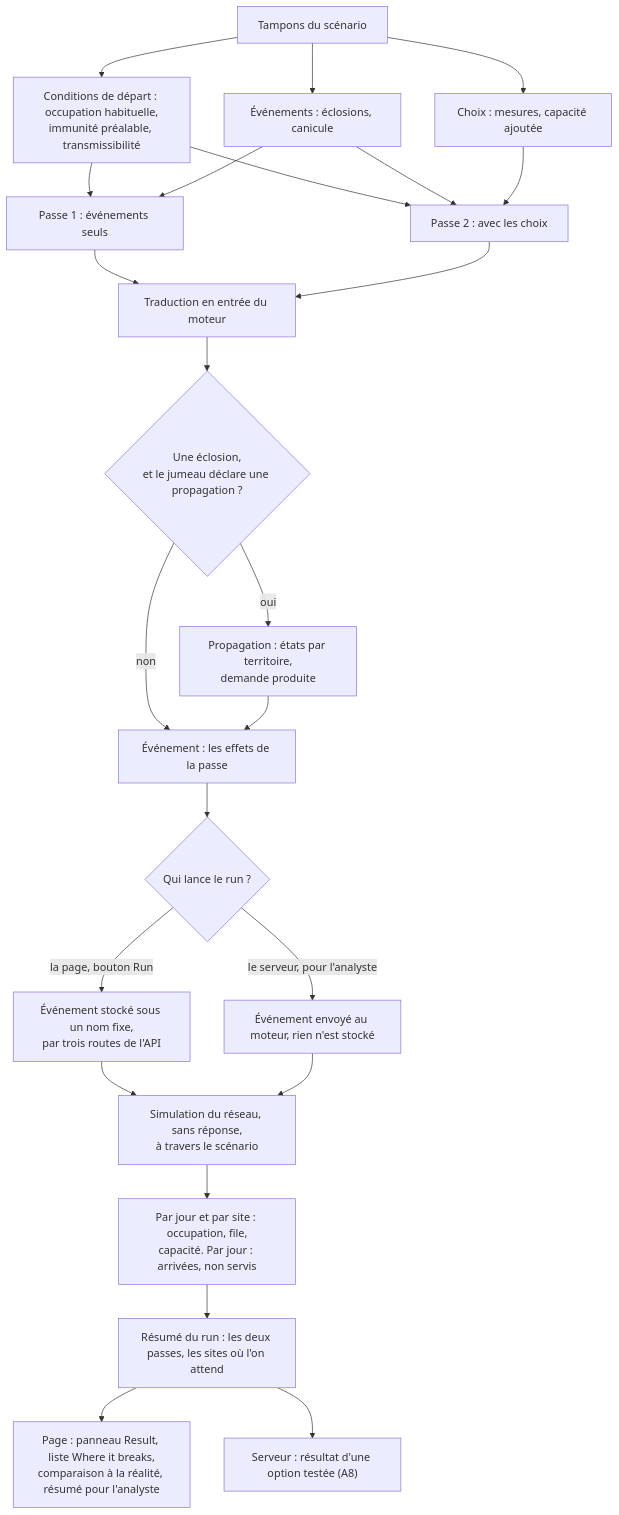
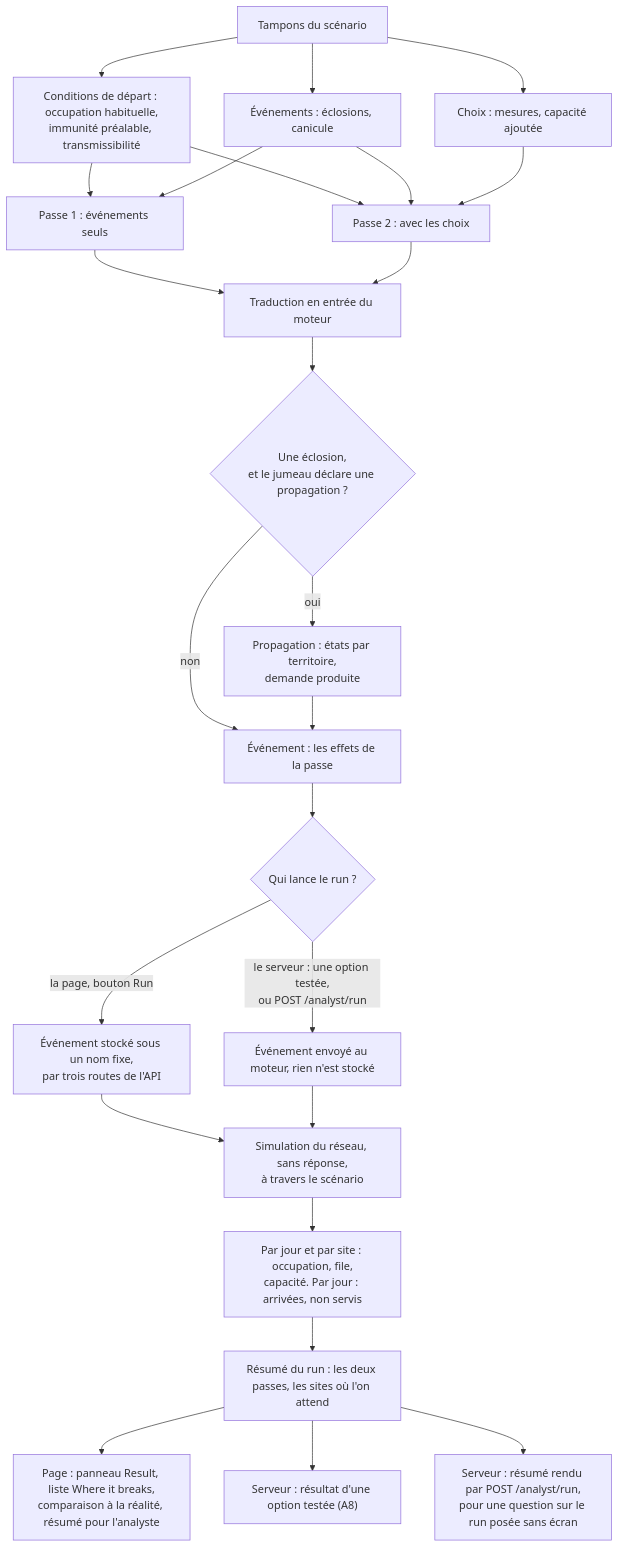
Before and after one commit to V1ktor7/obscyro: the fourth of 30 diagrams in docs/algorithms.md, drawn with Mermaid. The commit also changed other lines of this file and 8 other files, not shown here.

First line of the commit message:
feat(analyste): le rejeu des questions de référence devient une commande

````diff
--- a/docs/algorithms.md
+++ b/docs/algorithms.md
@@ -173,26 +173,27 @@
 ```mermaid
 flowchart TD
     S["Tampons du scénario"] --> C["Conditions de départ : occupation habituelle,<br/>immunité préalable, transmissibilité"]
     S --> E["Événements : éclosions, canicule"]
     S --> K["Choix : mesures, capacité ajoutée"]
     C --> V1["Passe 1 : événements seuls"]
     E --> V1
     C --> V2["Passe 2 : avec les choix"]
     E --> V2
     K --> V2
     V1 --> T["Traduction en entrée du moteur"]
     V2 --> T
     T --> P{"Une éclosion,<br/>et le jumeau déclare une propagation ?"}
     P -->|"oui"| SP["Propagation : états par territoire,<br/>demande produite"]
     P -->|"non"| EV["Événement : les effets de la passe"]
     SP --> EV
     EV --> W{"Qui lance le run ?"}
     W -->|"la page, bouton Run"| EP["Événement stocké sous un nom fixe,<br/>par trois routes de l'API"]
-    W -->|"le serveur, pour l'analyste"| ES["Événement envoyé au moteur, rien n'est stocké"]
+    W -->|"le serveur : une option testée,<br/>ou POST /analyst/run"| ES["Événement envoyé au moteur, rien n'est stocké"]
     EP --> RUN["Simulation du réseau, sans réponse,<br/>à travers le scénario"]
     ES --> RUN
     RUN --> G["Par jour et par site : occupation, file,<br/>capacité. Par jour : arrivées, non servis"]
     G --> D["Résumé du run : les deux passes, les sites où l'on attend"]
     D --> R["Page : panneau Result, liste Where it breaks,<br/>comparaison à la réalité, résumé pour l'analyste"]
     D --> O["Serveur : résultat d'une option testée (A8)"]
+    D --> O2["Serveur : résumé rendu par POST /analyst/run,<br/>pour une question sur le run posée sans écran"]
 ```
````
